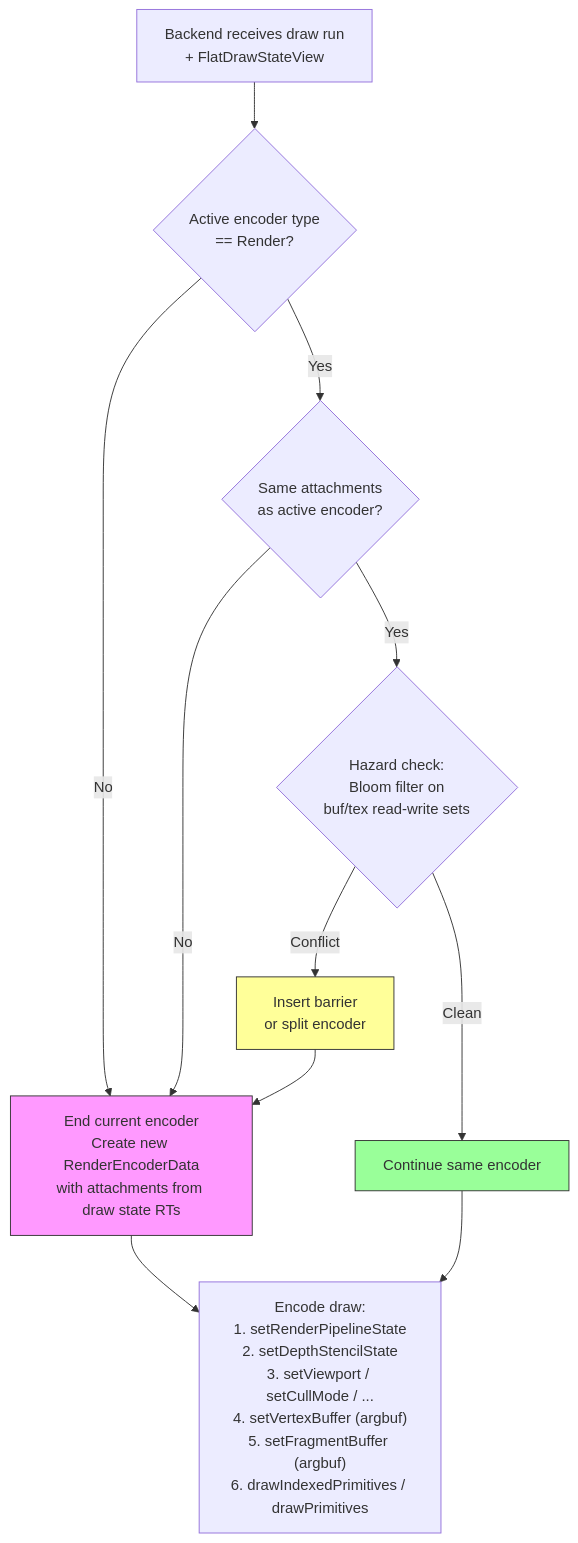
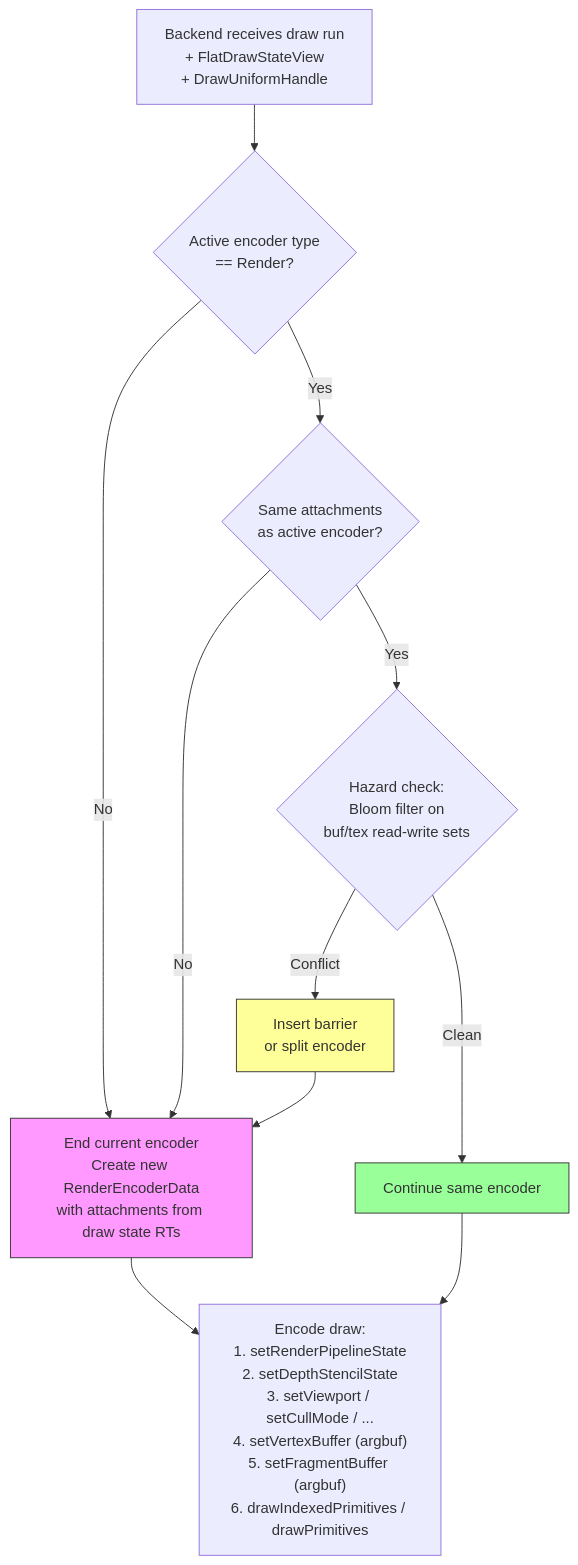
Before and after one commit to dfdgsdfg/dxmt9: the seventh of 12 diagrams in specs/backend/design.md, drawn with Mermaid. The commit also changed other lines of this file and 14 other files, not shown here.

Commit message:
d3d9: split draw uniform payloads

````diff
--- a/specs/backend/design.md
+++ b/specs/backend/design.md
@@ -346,19 +346,19 @@
 ```mermaid
 flowchart TD
-    A["Backend receives draw run\n+ FlatDrawStateView"] --> B{Active encoder type\n== Render?}
+    A["Backend receives draw run\n+ FlatDrawStateView\n+ DrawUniformHandle"] --> B{Active encoder type\n== Render?}
     B -->|No| NEWPASS["End current encoder\nCreate new RenderEncoderData\nwith attachments from draw state RTs"]
     B -->|Yes| C{Same attachments\nas active encoder?}
     C -->|No| NEWPASS
     C -->|Yes| D{Hazard check:\nBloom filter on\nbuf/tex read-write sets}
     D -->|Conflict| BARRIER["Insert barrier\nor split encoder"]
     D -->|Clean| MERGE["Continue same encoder"]
     NEWPASS --> ENCODE
     MERGE --> ENCODE
     BARRIER --> NEWPASS
 
     ENCODE["Encode draw:\n1. setRenderPipelineState\n2. setDepthStencilState\n3. setViewport / setCullMode / ...\n4. setVertexBuffer (argbuf)\n5. setFragmentBuffer (argbuf)\n6. drawIndexedPrimitives / drawPrimitives"]
 
     style MERGE fill:#9f9,stroke:#333
     style NEWPASS fill:#f9f,stroke:#333
     style BARRIER fill:#ff9,stroke:#333
 ```
````
